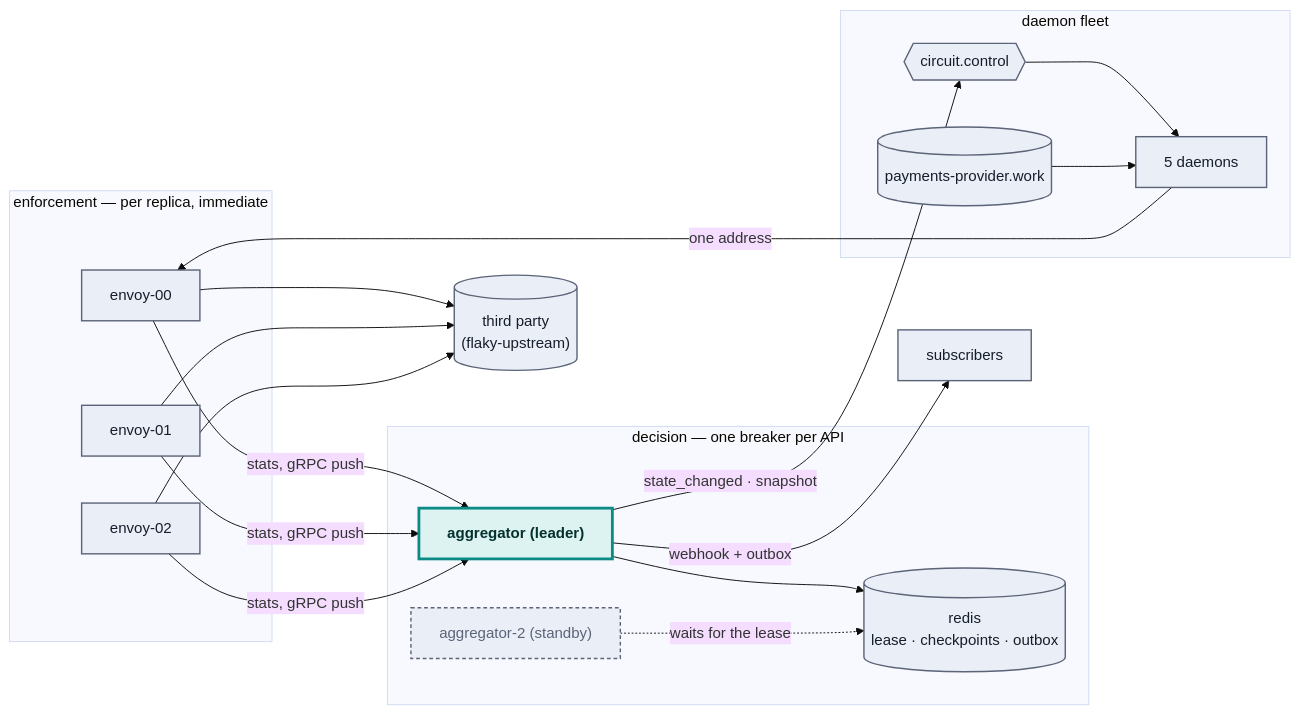
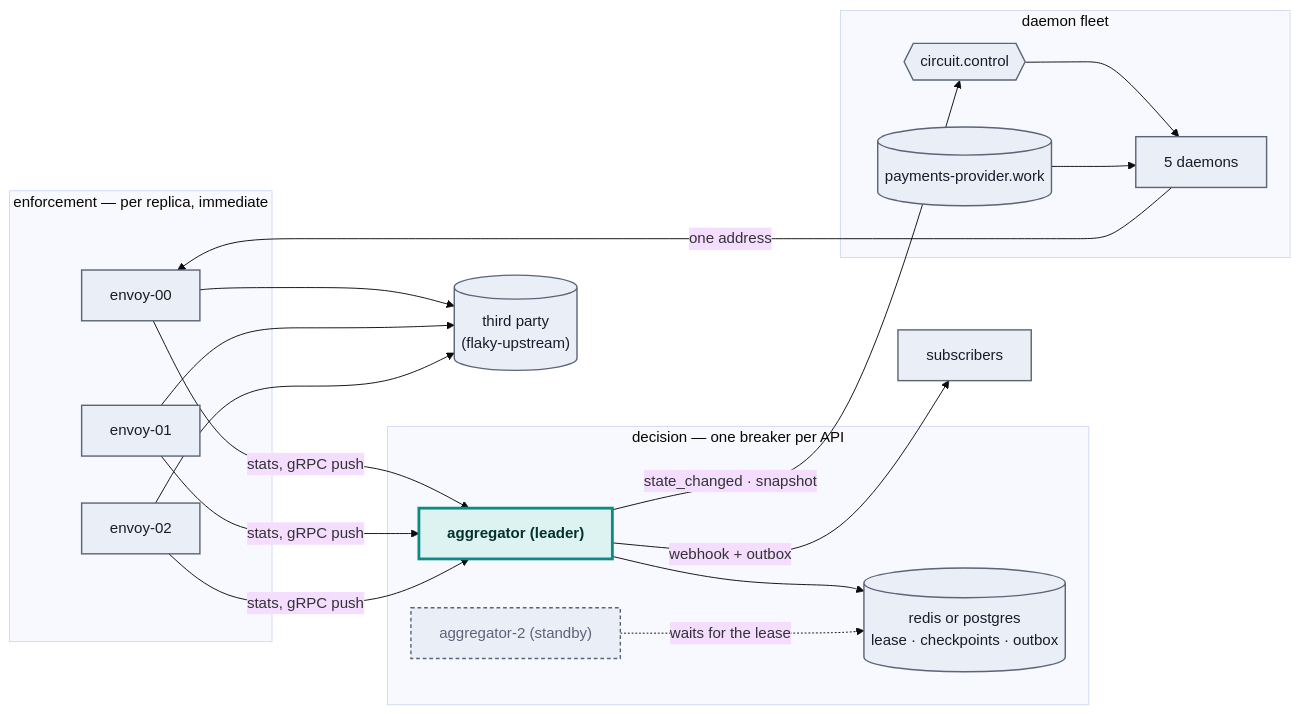
The diagram in README.md (lsfera/circuit-breaker-unboxing), drawn with Mermaid (base theme) before and after one commit. The commit also changed other lines of this file and 35 other files, not shown here.

````diff
--- a/README.md
+++ b/README.md
@@ -66,33 +66,33 @@
 ```mermaid
 flowchart LR
   classDef leader fill:#dcf3f1,stroke:#0c8b86,stroke-width:3px,color:#04302e,font-weight:bold;
   classDef standby fill:#eaeef6,stroke:#5b6478,stroke-width:1.5px,stroke-dasharray: 4 3,color:#5b6478;
   classDef box fill:#eaeef6,stroke:#5b6478,stroke-width:1.5px,color:#161d2b;
 
   subgraph ENFORCE["enforcement — per replica, immediate"]
     e0["envoy-00"]:::box
     e1["envoy-01"]:::box
     e2["envoy-02"]:::box
   end
   up[("third party<br/>(flaky-upstream)")]:::box
   subgraph DECIDE["decision — one breaker per API"]
     lead["aggregator (leader)"]:::leader
     stby["aggregator-2 (standby)"]:::standby
-    redis[("redis<br/>lease · checkpoints · outbox")]:::box
+    redis[("redis or postgres<br/>lease · checkpoints · outbox")]:::box
   end
   subgraph FLEET["daemon fleet"]
     ctl{{"circuit.control"}}:::box
     work[("payments-provider.work")]:::box
     d["5 daemons"]:::box
   end
 
   e0 & e1 & e2 --> up
   e0 & e1 & e2 -->|"stats, gRPC push"| lead
   lead --> redis
   stby -.->|"waits for the lease"| redis
   lead -->|"state_changed · snapshot"| ctl
   lead -->|"webhook + outbox"| sub["subscribers"]:::box
   ctl --> d
   work --> d
   d -->|"one address"| e0
 ```
````
